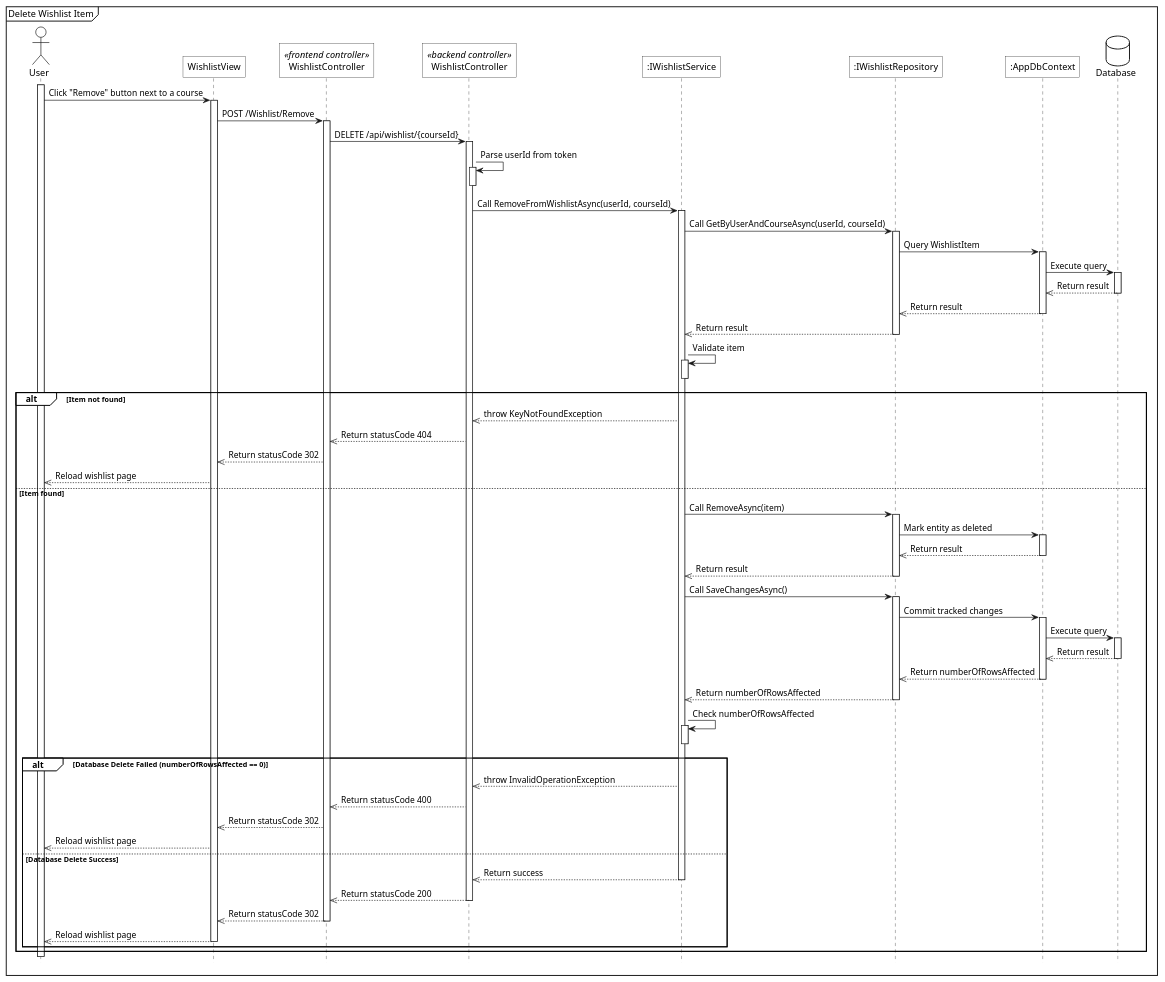
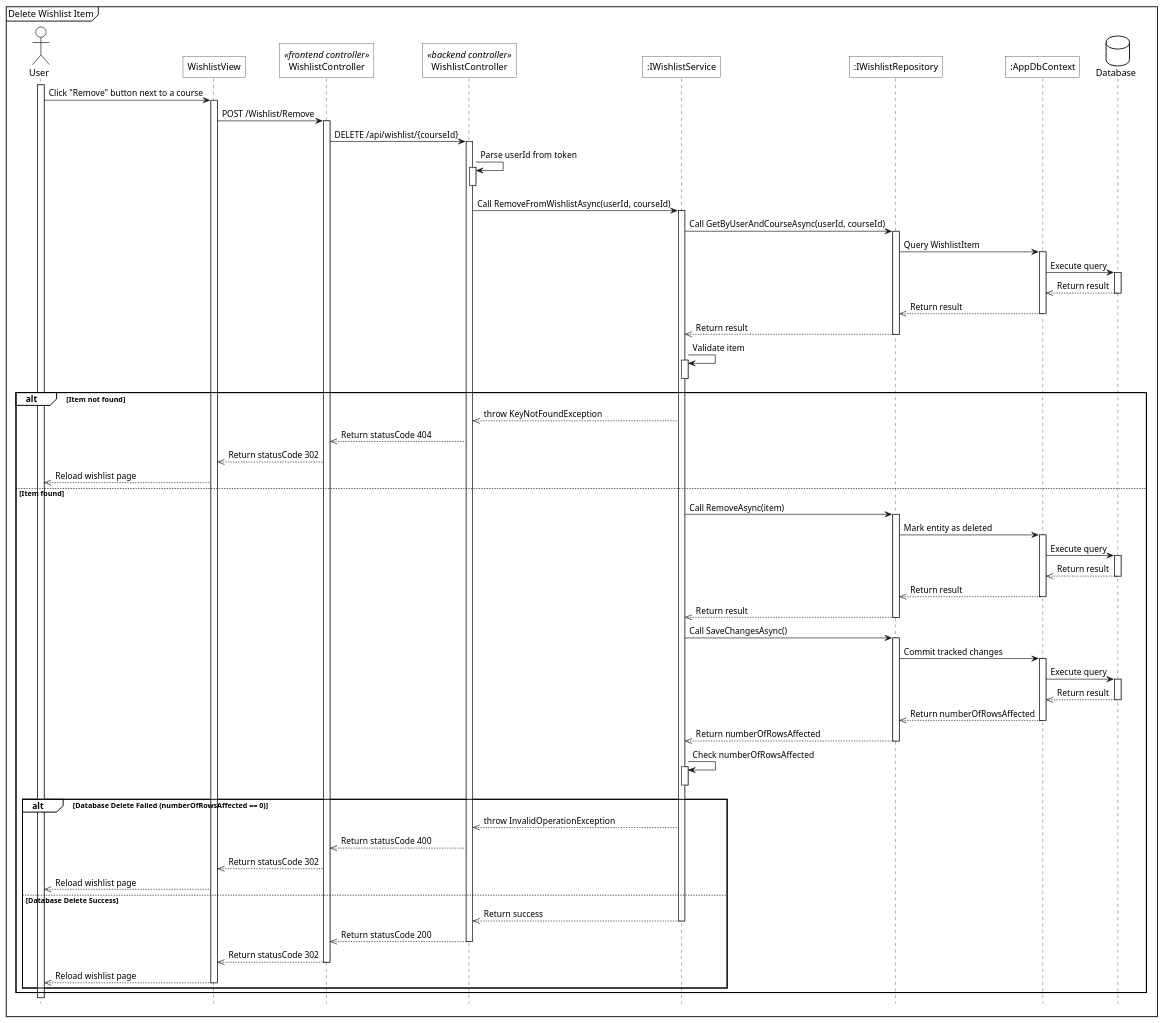
Before and after one commit to 1000do/Linked: the diagram in diagrams/sequence/wishlist/sq_delete_wishlist_item.plantuml, drawn with PlantUML. The commit also changed 15 other files, not shown here.

Commit message:
sequence cua tao

```diff
--- a/diagrams/sequence/wishlist/sq_delete_wishlist_item.plantuml
+++ b/diagrams/sequence/wishlist/sq_delete_wishlist_item.plantuml
@@ -1,94 +1,96 @@
 @startuml 
 <style>
     sequenceDiagram{
         actor{
             BackgroundColor white
             LineThickness 1.0
         }
         participant{
             BackgroundColor white
             RoundCorner 0
         }
         database{
             BackgroundColor white
         }
         groupHeader{
             BackgroundColor white
         }
         referenceHeader{
             BackgroundColor white
         }
         reference{
             BackgroundColor white
         }
     }
 </style>
 
 hide footbox
 
 mainframe Delete Wishlist Item
 actor User as act
 
 participant "WishlistView" as view
 participant "WishlistController" as fe_ctrl <<frontend controller>>
 participant "WishlistController" as be_ctrl <<backend controller>>
 participant ":IWishlistService" as sv
 participant ":IWishlistRepository" as w_repo
 participant ":AppDbContext" as ctx
 database Database as db
 
 act++
 act->view++: Click "Remove" button next to a course
 view->fe_ctrl++: POST /Wishlist/Remove
 
 fe_ctrl->be_ctrl++: DELETE /api/wishlist/{courseId}
 
 be_ctrl->be_ctrl++: Parse userId from token
 be_ctrl--
 
 be_ctrl->sv++: Call RemoveFromWishlistAsync(userId, courseId)
 
 sv->w_repo++: Call GetByUserAndCourseAsync(userId, courseId)
 w_repo->ctx++: Query WishlistItem
 ctx->db++: Execute query
 db-->>ctx--: Return result
 ctx-->>w_repo--: Return result
 w_repo-->>sv--: Return result
 
 sv->sv++: Validate item
 sv--
 
 alt Item not found
     sv-->>be_ctrl: throw KeyNotFoundException
     be_ctrl-->>fe_ctrl: Return statusCode 404
     fe_ctrl-->>view: Return statusCode 302
     view-->>act: Reload wishlist page
 else Item found
     sv->w_repo++: Call RemoveAsync(item)
     w_repo->ctx++: Mark entity as deleted
+    ctx->db++: Execute query
+    db-->>ctx--: Return result
     ctx-->>w_repo--: Return result
     w_repo-->>sv--: Return result
     
     sv->w_repo++: Call SaveChangesAsync()
     w_repo->ctx++: Commit tracked changes
     ctx->db++: Execute query
     db-->>ctx--: Return result
     ctx-->>w_repo--: Return numberOfRowsAffected
     w_repo-->>sv--: Return numberOfRowsAffected
     
     sv->sv++: Check numberOfRowsAffected
     sv--
     
     alt Database Delete Failed (numberOfRowsAffected == 0)
         sv-->>be_ctrl: throw InvalidOperationException
         be_ctrl-->>fe_ctrl: Return statusCode 400
         fe_ctrl-->>view: Return statusCode 302
         view-->>act: Reload wishlist page
     else Database Delete Success
         sv-->>be_ctrl--: Return success
         be_ctrl-->>fe_ctrl--: Return statusCode 200
         fe_ctrl-->>view--: Return statusCode 302
         view-->>act--: Reload wishlist page
     end
 end
 @enduml
```
